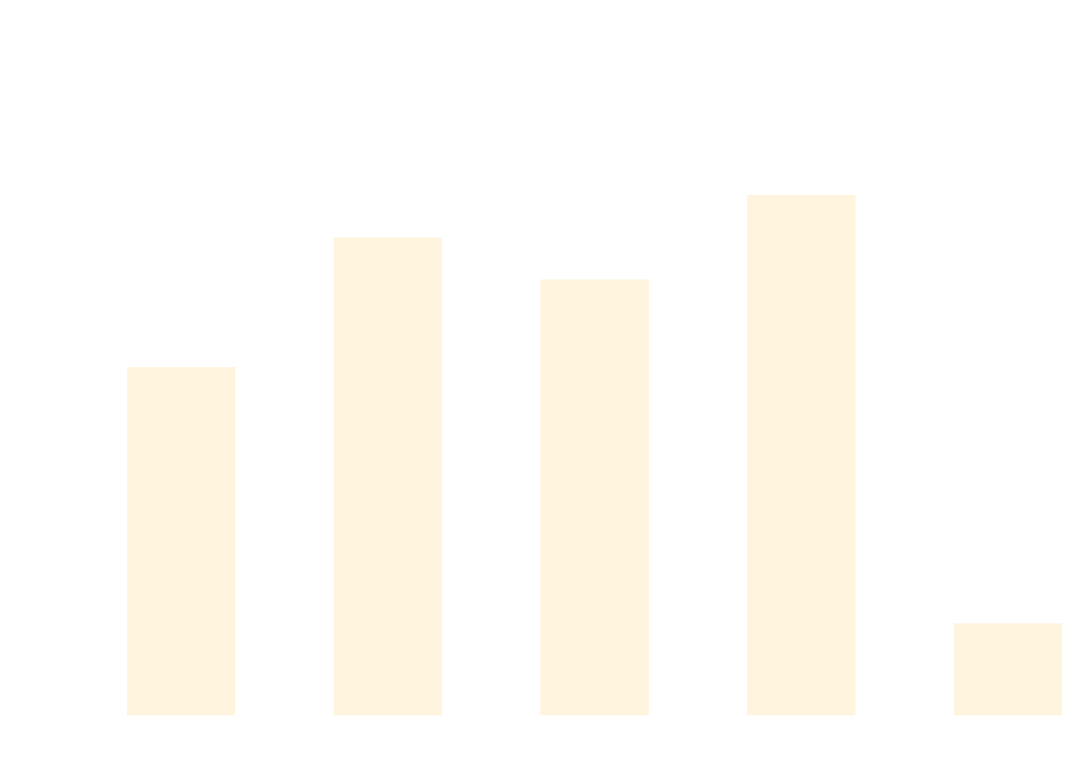
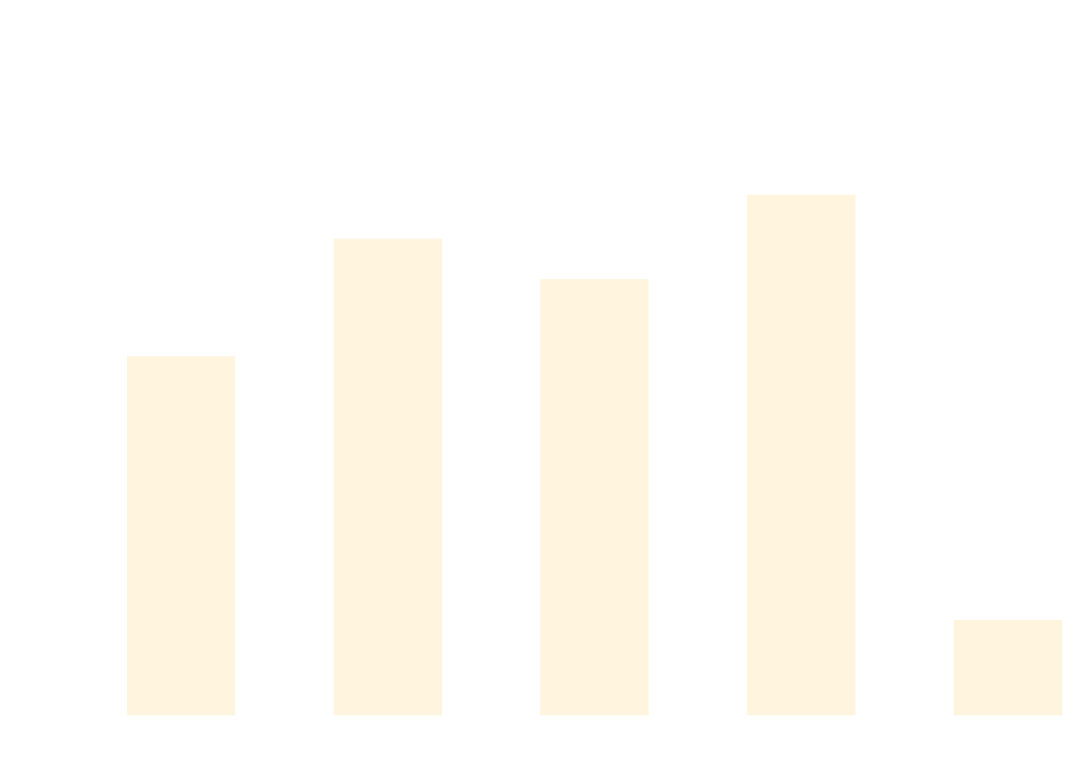
The diagram in docs/docs/benchmarks/AsyncTests.md (thomhurst/TUnit), drawn with Mermaid before and after one commit. The commit also changed other lines of this file and 17 other files, not shown here.

````diff
--- a/docs/docs/benchmarks/AsyncTests.md
+++ b/docs/docs/benchmarks/AsyncTests.md
@@ -27,37 +27,37 @@
 ```mermaid
 %%{init: {
   'theme':'base',
   'themeVariables': {
     'primaryColor': '#2563eb',
     'primaryTextColor': '#ffffff',
     'primaryBorderColor': '#1e40af',
     'lineColor': '#6b7280',
     'secondaryColor': '#7c3aed',
     'tertiaryColor': '#dc2626',
     'background': '#ffffff',
     'mainBkg': '#2563eb',
     'secondBkg': '#7c3aed',
     'tertiaryBkg': '#dc2626',
     'clusterBkg': '#f3f4f6',
     'edgeLabelBackground': '#ffffff',
     'tertiaryTextColor': '#1f2937',
     'pie1': '#2563eb',
     'pie2': '#7c3aed',
     'pie3': '#dc2626',
     'pie4': '#f59e0b',
     'pie5': '#10b981',
     'pie6': '#06b6d4',
     'pie7': '#ec4899',
     'pie8': '#6366f1',
     'pie9': '#84cc16',
     'pie10': '#f97316',
     'pie11': '#14b8a6',
     'pie12': '#a855f7'
   }
 }}%%
 xychart-beta
   title "AsyncTests Performance Comparison"
   x-axis ["TUnit", "NUnit", "MSTest", "xUnit3", "TUnit_AOT"]
-  y-axis "Time (ms)" 0 --> 934
-  bar [514.6, 713, 648.6, 778, 122.6]
+  y-axis "Time (ms)" 0 --> 898
+  bar [510.6, 683.8, 624.1, 748.3, 122.7]
 ```
````
